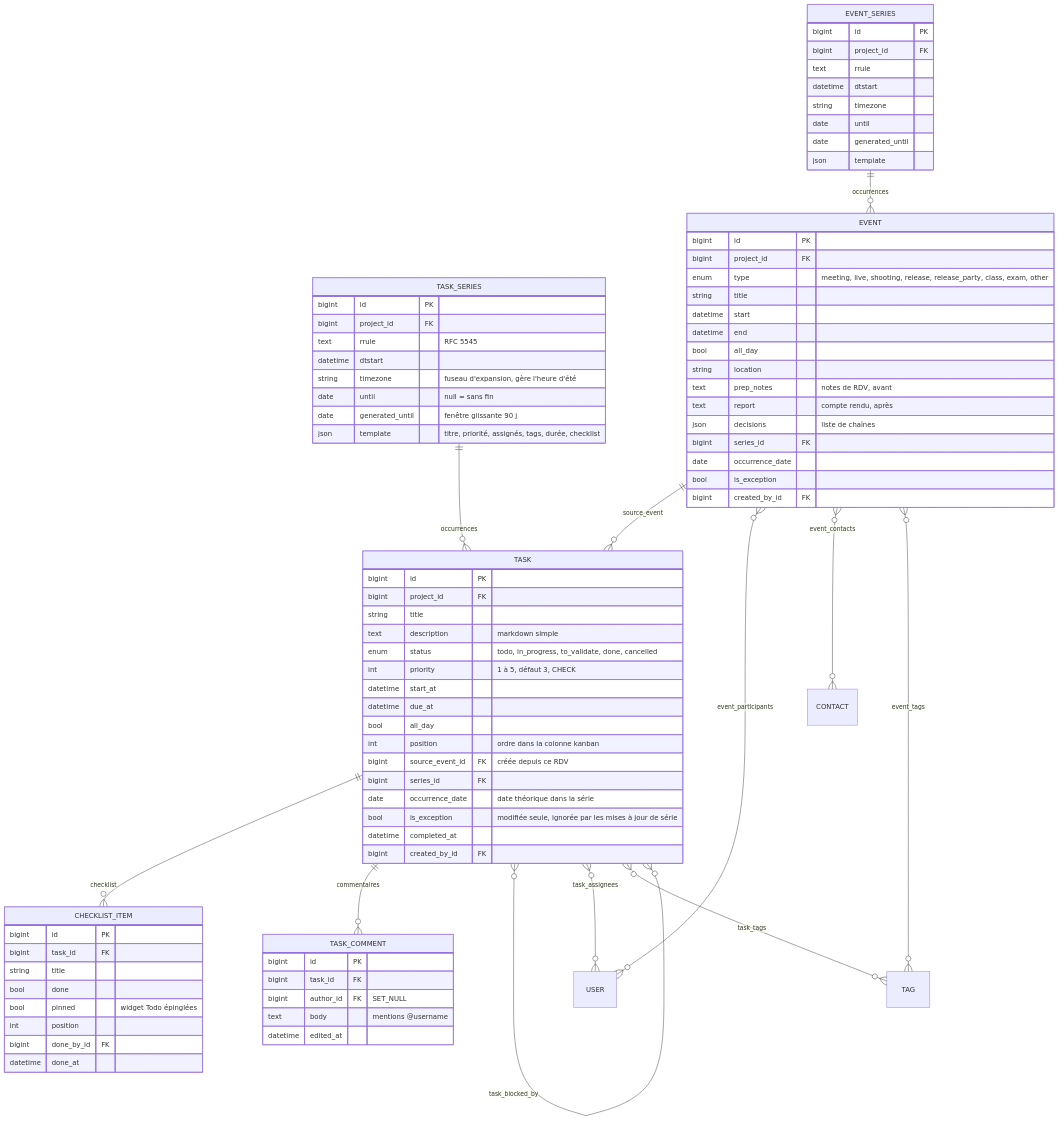
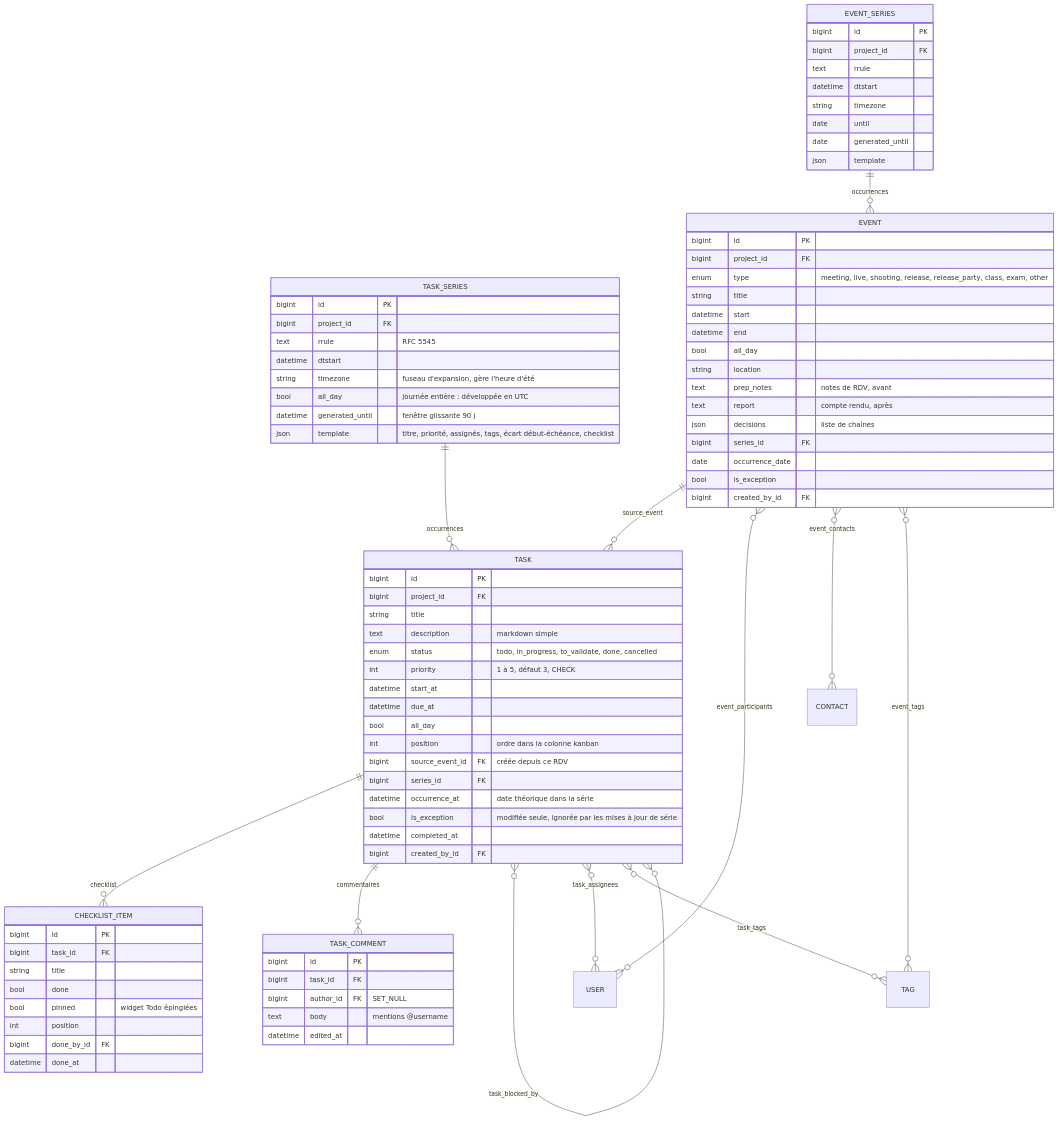
One commit to lucagslr/sobased changed the third of 7 diagrams in DATABASE_SCHEMA.md. Above: the diagram before and after it, drawn with Mermaid. The commit also changed other lines of this file and 28 other files, not shown here.

```diff
--- a/DATABASE_SCHEMA.md
+++ b/DATABASE_SCHEMA.md
@@ -206,9 +206,9 @@
         text rrule "RFC 5545"
         datetime dtstart
         string timezone "fuseau d'expansion, gère l'heure d'été"
-        date until "null = sans fin"
-        date generated_until "fenêtre glissante 90 j"
-        json template "titre, priorité, assignés, tags, durée, checklist"
+        bool all_day "journée entière : développée en UTC"
+        datetime generated_until "fenêtre glissante 90 j"
+        json template "titre, priorité, assignés, tags, écart début-échéance, checklist"
     }
     TASK {
         bigint id PK
@@ -223,7 +223,7 @@
         int position "ordre dans la colonne kanban"
         bigint source_event_id FK "créée depuis ce RDV"
         bigint series_id FK
-        date occurrence_date "date théorique dans la série"
+        datetime occurrence_at "date théorique dans la série"
         bool is_exception "modifiée seule, ignorée par les mises à jour de série"
         datetime completed_at
         bigint created_by_id FK
```
